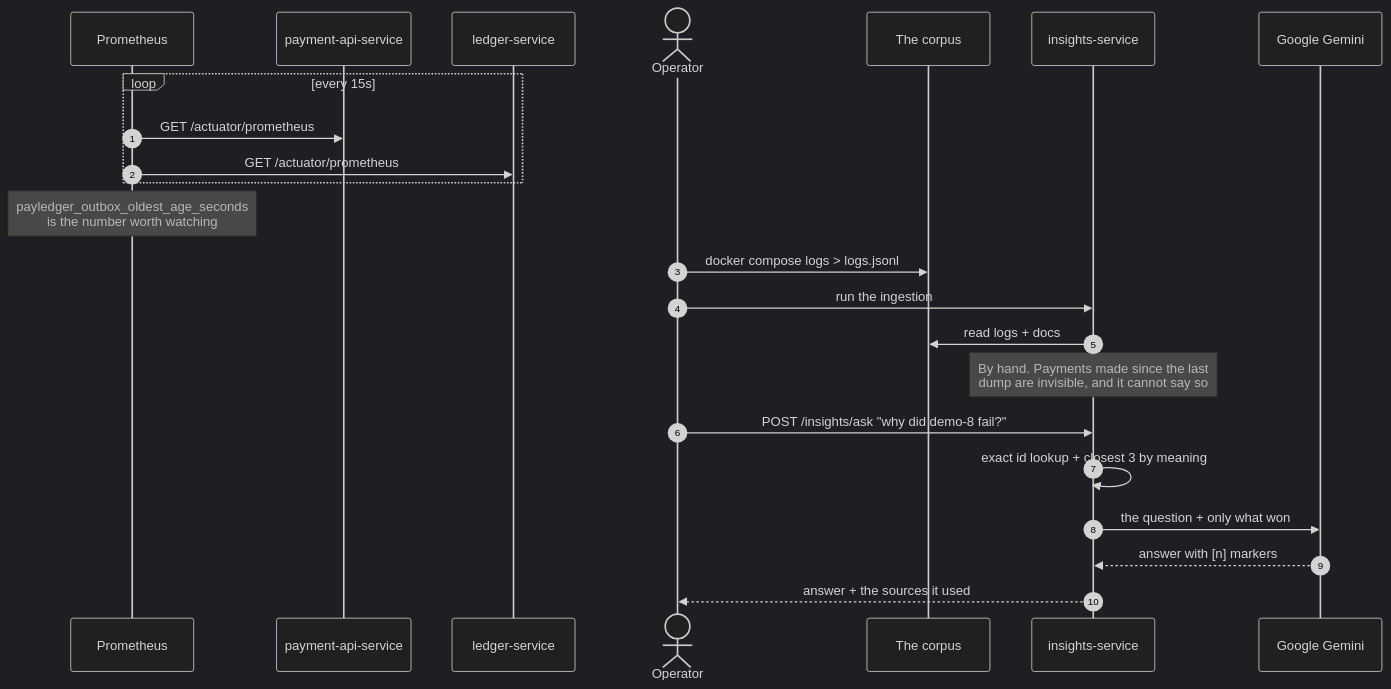
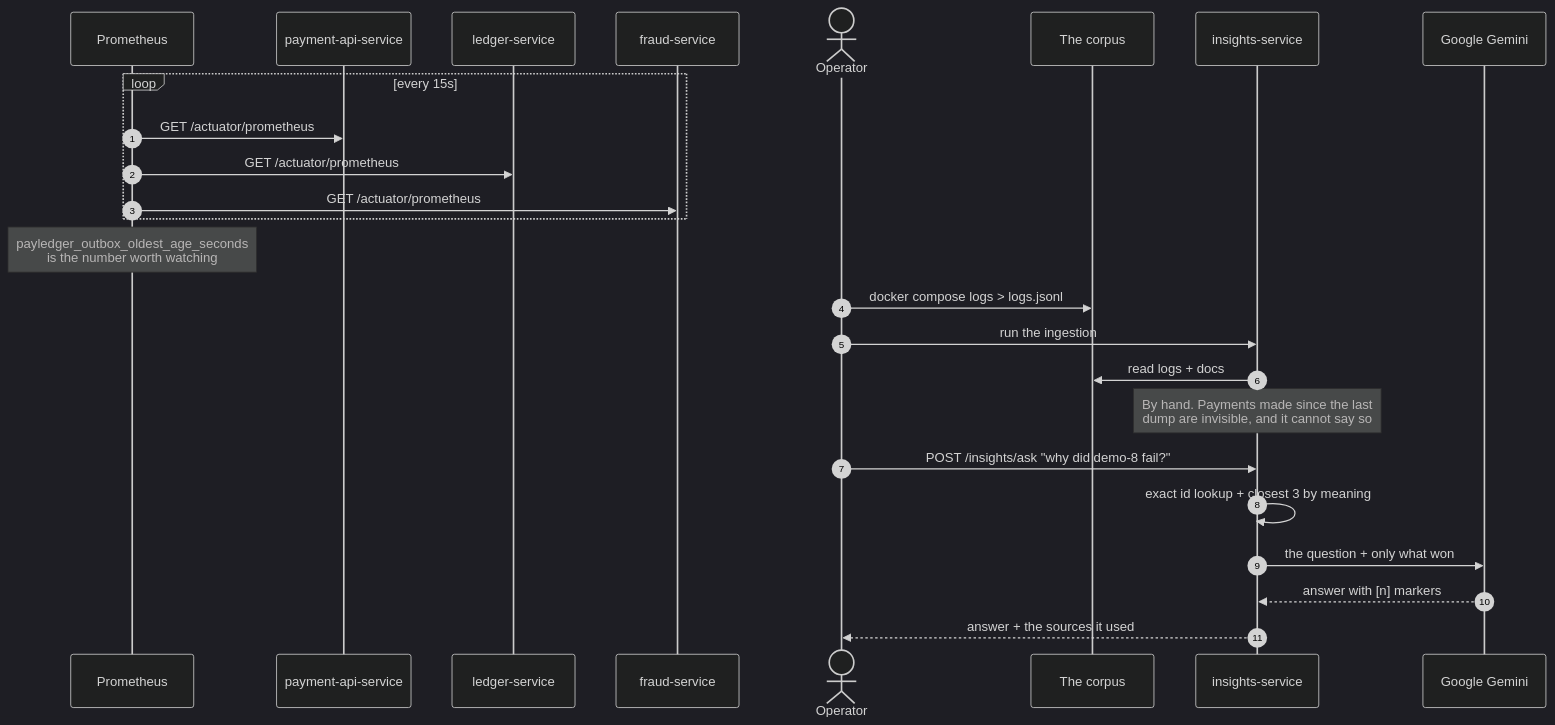
The third of 3 diagrams in docs/architecture.md (stefanphan05/PayLedger), drawn with Mermaid (dark theme) before and after one commit. The commit also changed other lines of this file and 1 other file, not shown here.

First line of the commit message:
docs: show the fraud gate in the system design

````diff
--- a/docs/architecture.md
+++ b/docs/architecture.md
@@ -98,28 +105,30 @@
 ```mermaid
 sequenceDiagram
     autonumber
     participant Prom as Prometheus
     participant PayAPI as payment-api-service
     participant Ledger as ledger-service
+    participant Fraud as fraud-service
     actor Operator
     participant Corpus as The corpus
     participant Insights as insights-service
     participant Gemini as Google Gemini
 
     loop every 15s
         Prom->>PayAPI: GET /actuator/prometheus
         Prom->>Ledger: GET /actuator/prometheus
+        Prom->>Fraud: GET /actuator/prometheus
     end
     Note over Prom: payledger_outbox_oldest_age_seconds<br/>is the number worth watching
 
     Operator->>Corpus: docker compose logs > logs.jsonl
     Operator->>Insights: run the ingestion
     Insights->>Corpus: read logs + docs
     Note over Insights: By hand. Payments made since the last<br/>dump are invisible, and it cannot say so
 
     Operator->>Insights: POST /insights/ask "why did demo-8 fail?"
     Insights->>Insights: exact id lookup + closest 3 by meaning
     Insights->>Gemini: the question + only what won
     Gemini-->>Insights: answer with [n] markers
     Insights-->>Operator: answer + the sources it used
 ```
````
